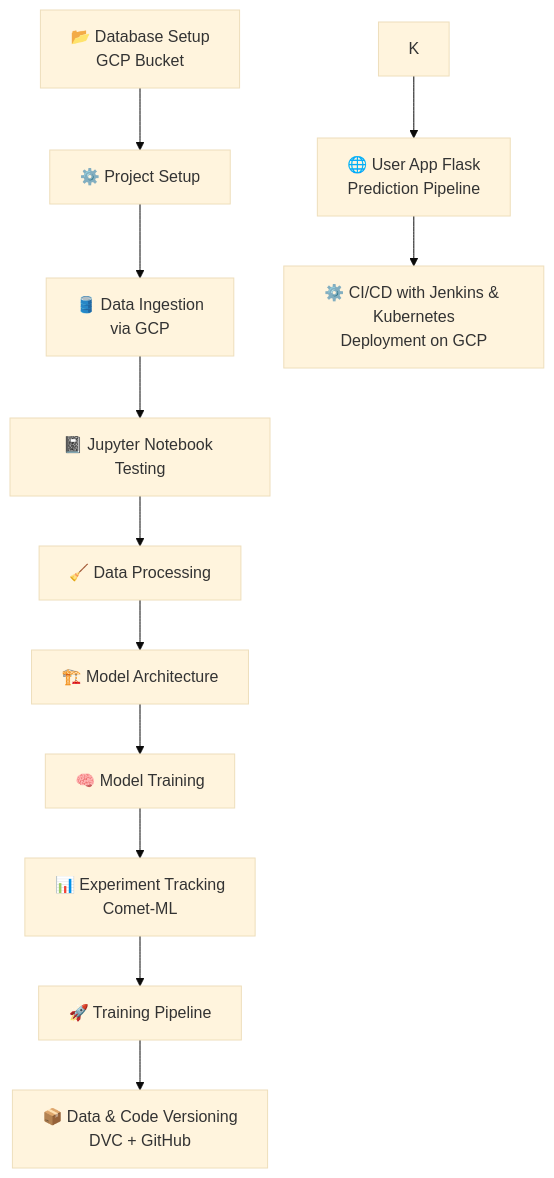
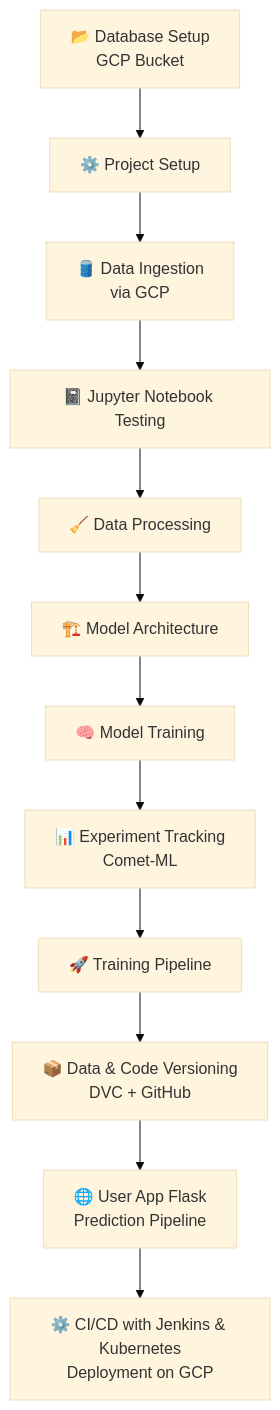
The diagram in README.md (aimldinesh/AniRec), drawn with Mermaid (base theme) before and after one commit.

````diff
--- a/README.md
+++ b/README.md
@@ -19,15 +19,15 @@
 ```mermaid
 graph TD
     A[📂 Database Setup<br>GCP Bucket] --> B[⚙️ Project Setup]
     B --> C[🛢️ Data Ingestion<br>via GCP]
     C --> D[📓 Jupyter Notebook Testing]
     D --> E[🧹 Data Processing]
     E --> F[🏗️ Model Architecture]
     F --> G[🧠 Model Training]
     G --> H[📊 Experiment Tracking<br>Comet-ML]
     H --> I[🚀 Training Pipeline]
     I --> J[📦 Data & Code Versioning<br>DVC + GitHub]
-    K --> L[🌐 User App Flask<br>Prediction Pipeline]
-    L --> M[⚙️ CI/CD with Jenkins & Kubernetes<br>Deployment on GCP]
+    J --> K[🌐 User App Flask<br>Prediction Pipeline]
+    K --> L[⚙️ CI/CD with Jenkins & Kubernetes<br>Deployment on GCP]
 
 ```
````
